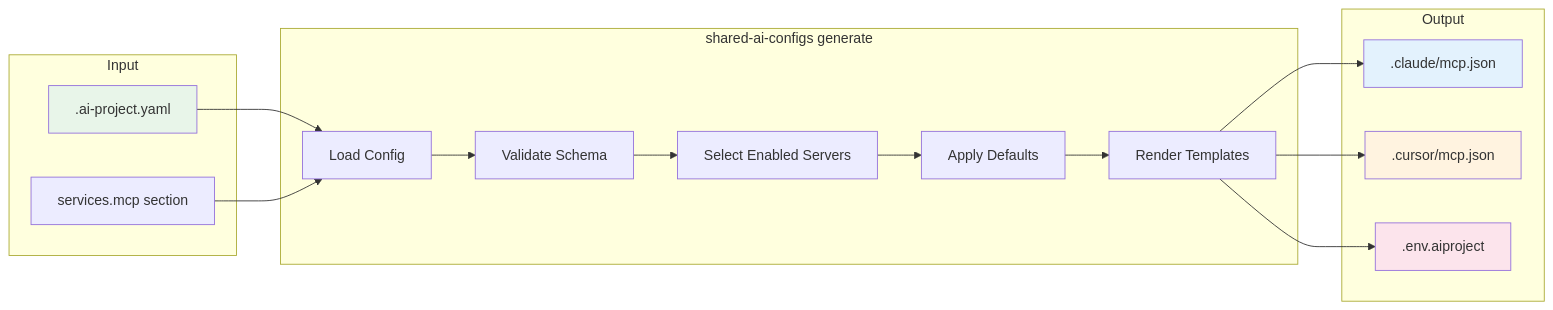
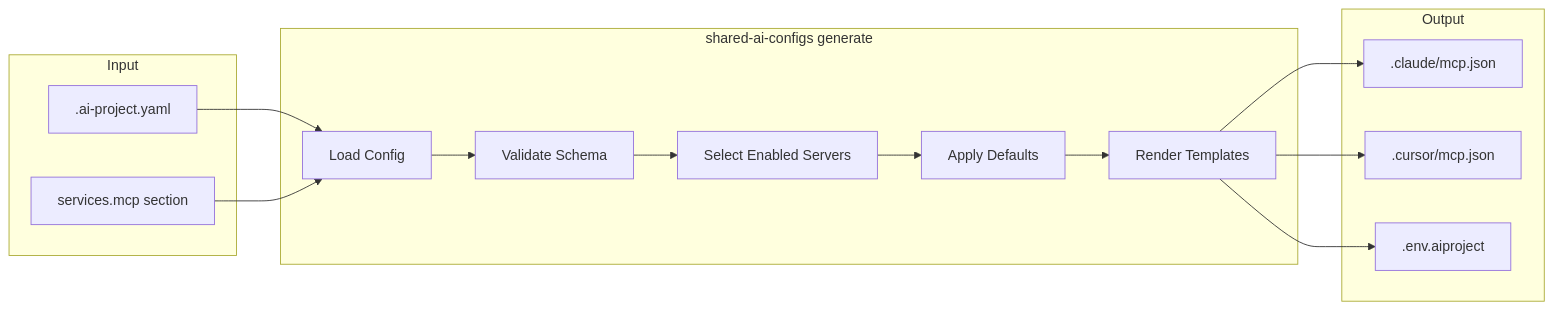
One commit to sovavibe/shared-ai-configs changed the second of 3 diagrams in docs/MCP-CONFIGURATION.md. Above: the diagram before and after it, drawn with Mermaid. The commit also changed other lines of this file and 10 other files, not shown here.

Commit message:
fix(docs): remove mermaid styles for dark mode compatibility

````diff
--- a/docs/MCP-CONFIGURATION.md
+++ b/docs/MCP-CONFIGURATION.md
@@ -136,33 +128,29 @@
 ```mermaid
 flowchart LR
     subgraph Input
         A[.ai-project.yaml]
         B[services.mcp section]
     end
 
     subgraph Generator["shared-ai-configs generate"]
         C[Load Config]
         D[Validate Schema]
         E[Select Enabled Servers]
         F[Apply Defaults]
         G[Render Templates]
     end
 
     subgraph Output
         H[.claude/mcp.json]
         I[.cursor/mcp.json]
         J[.env.aiproject]
     end
 
     A --> C
     B --> C
     C --> D --> E --> F --> G
     G --> H
     G --> I
     G --> J
 
-    style A fill:#e8f5e9
-    style H fill:#e3f2fd
-    style I fill:#fff3e0
-    style J fill:#fce4ec
 ```
````
